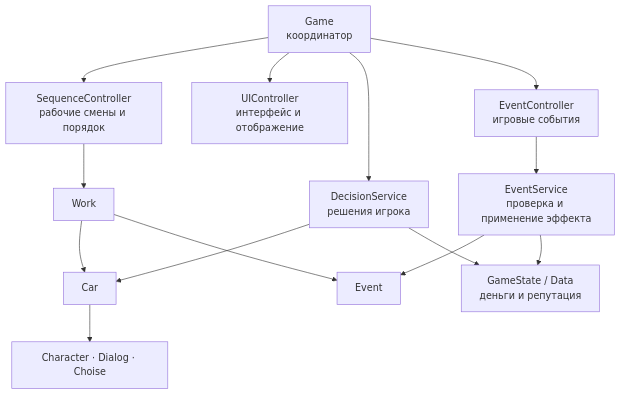
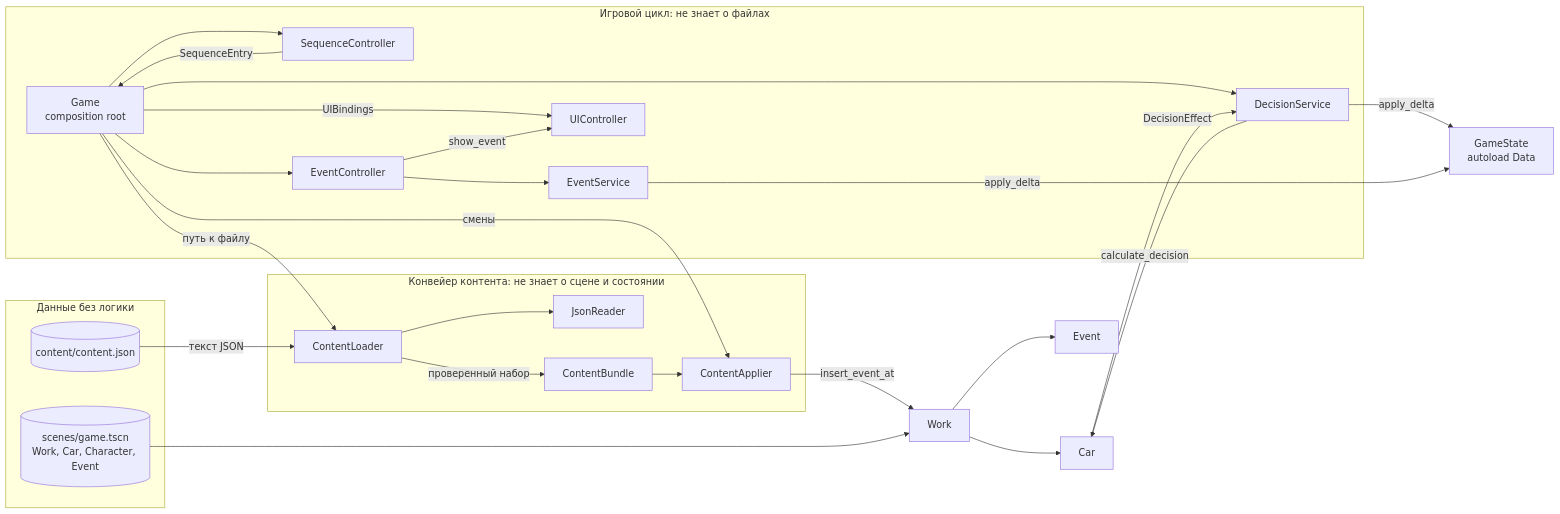
The first of 4 diagrams in docs/architecture.md (RolicsVin/AZS), drawn with Mermaid before and after one commit. The commit also changed other lines of this file and 35 other files, not shown here.

Commit message:
update architecture

````diff
--- a/docs/architecture.md
+++ b/docs/architecture.md
@@ -5,28 +15,51 @@
 ```mermaid
-flowchart TD
-	G[Game<br/>координатор]
-	SC[SequenceController<br/>рабочие смены и порядок]
-	UI[UIController<br/>интерфейс и отображение]
-	DS[DecisionService<br/>решения игрока]
-	EC[EventController<br/>игровые события]
-	ES[EventService<br/>проверка и применение эффекта]
-	GS[GameState / Data<br/>деньги и репутация]
-	W[Work]
-	C[Car]
-	E[Event]
-	D[Character · Dialog · Choise]
+flowchart LR
+	subgraph FILES["Данные без логики"]
+		CJ[("content/content.json")]
+		SCN[("scenes/game.tscn<br/>Work, Car, Character, Event")]
+	end
 
-	G --> SC
-	G --> UI
+	subgraph PIPE["Конвейер контента: не знает о сцене и состоянии"]
+		CL["ContentLoader"]
+		JR["JsonReader"]
+		CB["ContentBundle"]
+		CA["ContentApplier"]
+	end
+
+	subgraph LOOP["Игровой цикл: не знает о файлах"]
+		G["Game<br/>composition root"]
+		SQ["SequenceController"]
+		DS["DecisionService"]
+		EC["EventController"]
+		ES["EventService"]
+		UI["UIController"]
+	end
+
+	GS["GameState<br/>autoload Data"]
+	W["Work"]
+	C["Car"]
+	EV["Event"]
+
+	CJ -->|"текст JSON"| CL
+	CL --> JR
+	CL -->|"проверенный набор"| CB
+	CB --> CA
+	CA -->|"insert_event_at"| W
+	SCN --> W
+	W --> C
+	W --> EV
+
+	G -->|"путь к файлу"| CL
+	G -->|"смены"| CA
+	G --> SQ
 	G --> DS
 	G --> EC
-	SC --> W
-	W --> C
-	W --> E
-	C --> D
-	DS --> C
-	DS --> GS
+	G -->|"UIBindings"| UI
+	SQ -->|"SequenceEntry"| G
+	DS -->|"calculate_decision"| C
+	C -->|"DecisionEffect"| DS
+	DS -->|"apply_delta"| GS
 	EC --> ES
-	ES --> E
-	ES --> GS
+	ES -->|"apply_delta"| GS
+	EC -->|"show_event"| UI
 ```
````
